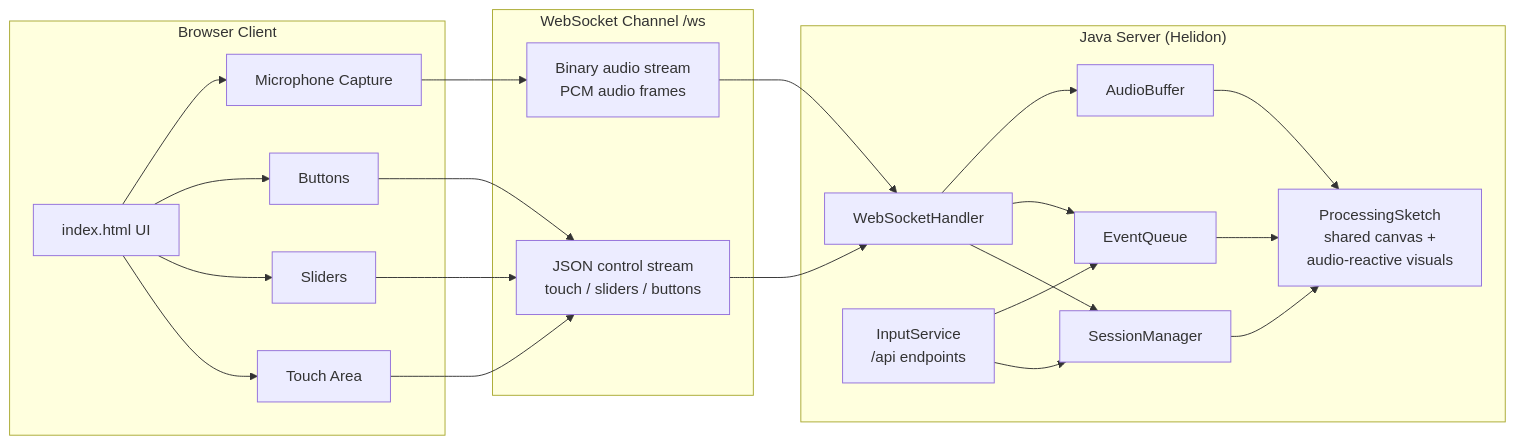
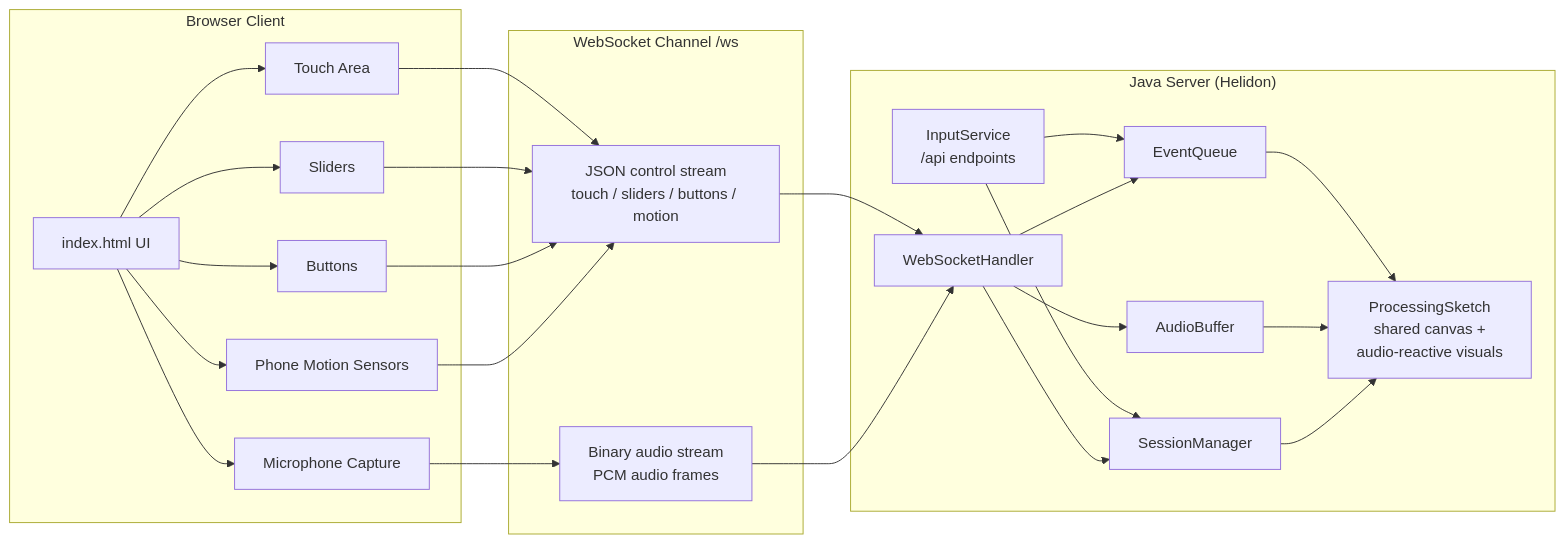
Before and after one commit to edbratt/processing-orchestra: the first of 5 diagrams in ARCHITECTURE.md, drawn with Mermaid. The commit also changed other lines of this file and 17 other files, not shown here.

````diff
--- a/ARCHITECTURE.md
+++ b/ARCHITECTURE.md
@@ -11,43 +25,46 @@
 ```mermaid
 flowchart LR
     subgraph Browser["Browser Client"]
         UI["index.html UI"]
         Touch["Touch Area"]
         Sliders["Sliders"]
         Buttons["Buttons"]
         Audio["Microphone Capture"]
+        Motion["Phone Motion Sensors"]
         UI --> Touch
         UI --> Sliders
         UI --> Buttons
         UI --> Audio
+        UI --> Motion
     end
 
     subgraph Channel["WebSocket Channel /ws"]
-        ControlStream["JSON control stream<br/>touch / sliders / buttons"]
+        ControlStream["JSON control stream<br/>touch / sliders / buttons / motion"]
         AudioStream["Binary audio stream<br/>PCM audio frames"]
     end
 
     subgraph Server["Java Server (Helidon)"]
         WSH["WebSocketHandler"]
         API["InputService<br/>/api endpoints"]
         Sessions["SessionManager"]
         Queue["EventQueue"]
         AudioBuffer["AudioBuffer"]
         Sketch["ProcessingSketch<br/>shared canvas +<br/>audio-reactive visuals"]
         API --> Sessions
         API --> Queue
         WSH --> Sessions
         WSH --> Queue
         WSH --> AudioBuffer
         Queue --> Sketch
         AudioBuffer --> Sketch
         Sessions --> Sketch
     end
 
     Touch --> ControlStream
     Sliders --> ControlStream
     Buttons --> ControlStream
+    Motion --> ControlStream
     Audio --> AudioStream
     ControlStream --> WSH
     AudioStream --> WSH
 ```
````
